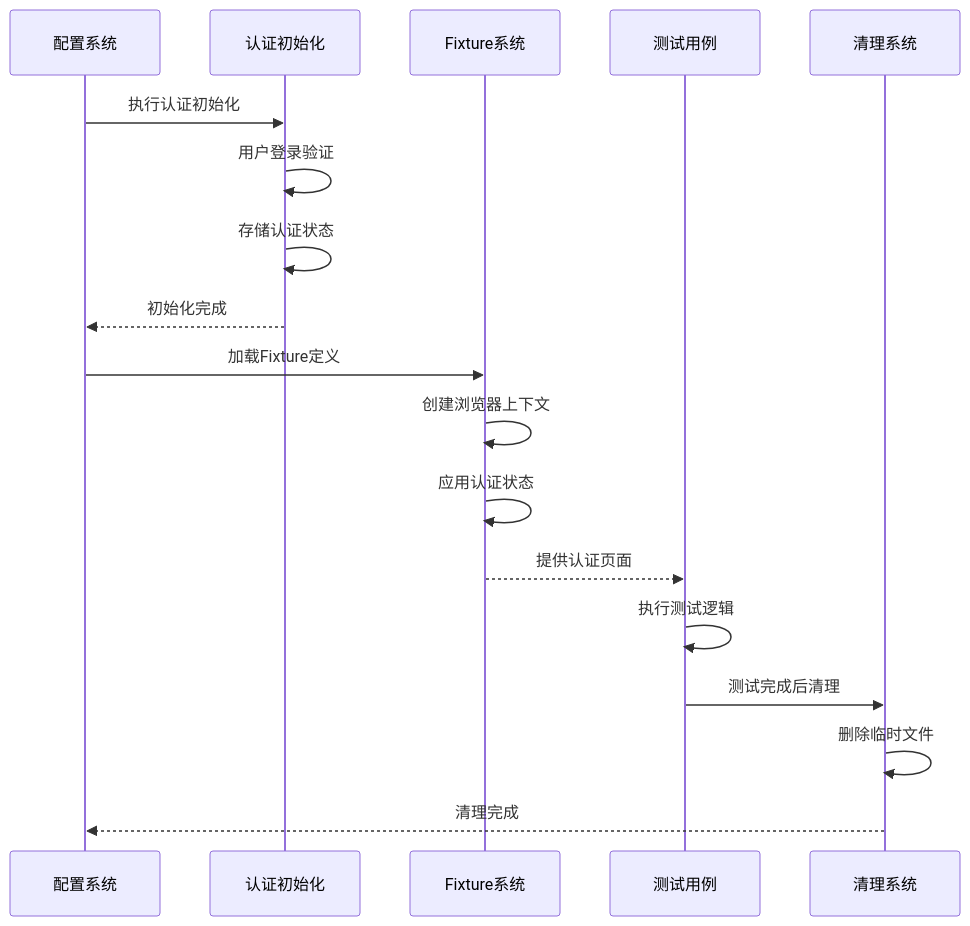
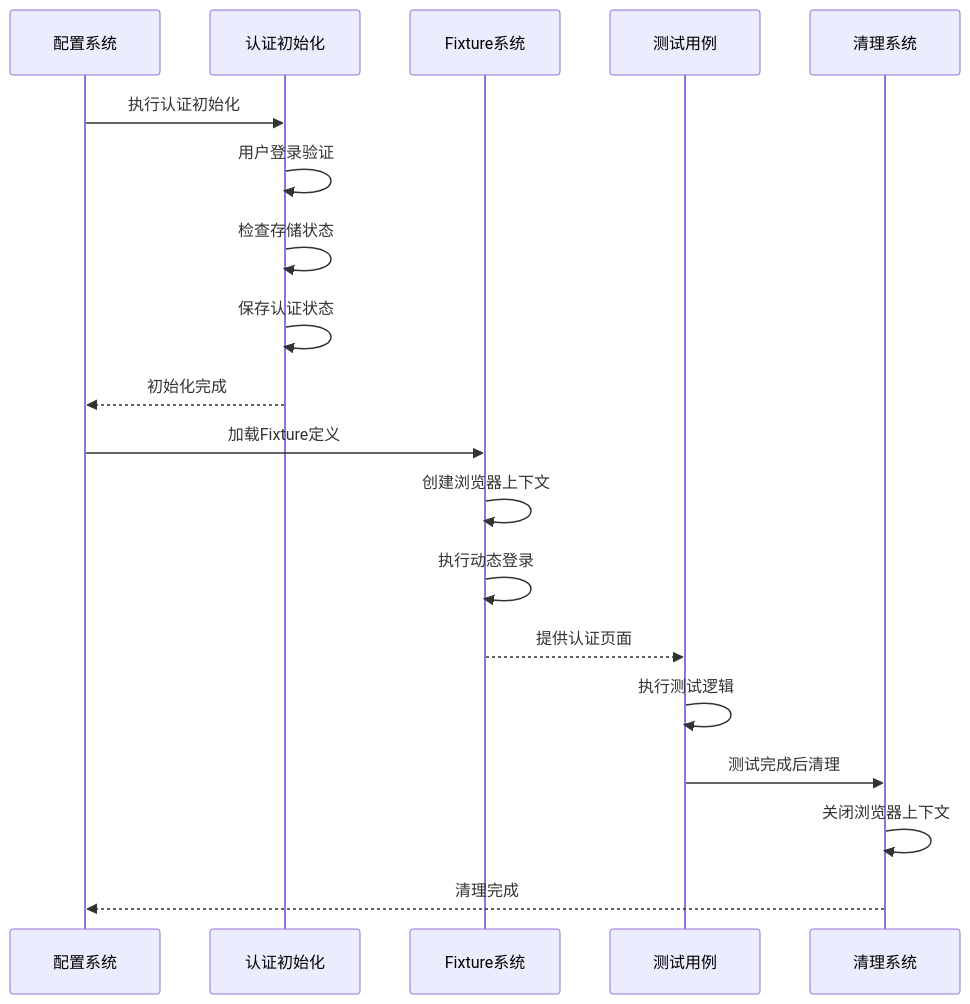
The second of 7 diagrams in .qoder/repowiki/zh/content/认证和Fixture系统/Fixture认证系统.md (zzgoviziwind/--playwright), drawn with Mermaid before and after one commit. The commit also changed other lines of this file and 112 other files, not shown here.

````diff
--- a/.qoder/repowiki/zh/content/认证和Fixture系统/Fixture认证系统.md
+++ b/.qoder/repowiki/zh/content/认证和Fixture系统/Fixture认证系统.md
@@ -107,20 +118,21 @@
 ```mermaid
 sequenceDiagram
 participant Config as 配置系统
 participant Setup as 认证初始化
 participant Fixture as Fixture系统
 participant Tests as 测试用例
 participant Cleanup as 清理系统
 Config->>Setup : 执行认证初始化
 Setup->>Setup : 用户登录验证
-Setup->>Setup : 存储认证状态
+Setup->>Setup : 检查存储状态
+Setup->>Setup : 保存认证状态
 Setup-->>Config : 初始化完成
 Config->>Fixture : 加载Fixture定义
 Fixture->>Fixture : 创建浏览器上下文
-Fixture->>Fixture : 应用认证状态
+Fixture->>Fixture : 执行动态登录
 Fixture-->>Tests : 提供认证页面
 Tests->>Tests : 执行测试逻辑
 Tests->>Cleanup : 测试完成后清理
-Cleanup->>Cleanup : 删除临时文件
+Cleanup->>Cleanup : 关闭浏览器上下文
 Cleanup-->>Config : 清理完成
 ```
````
